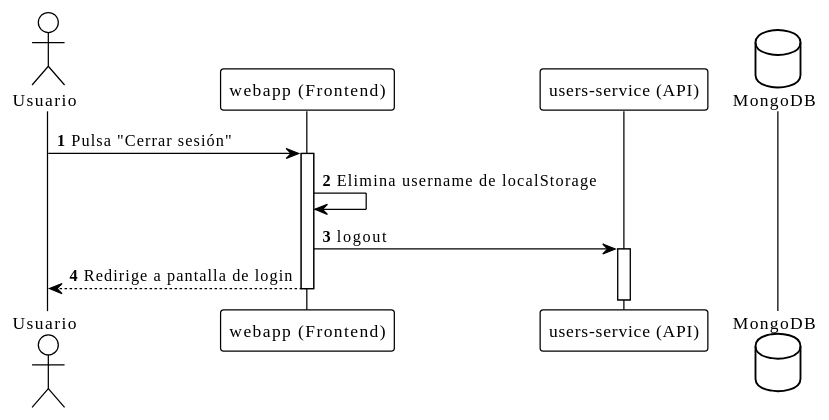
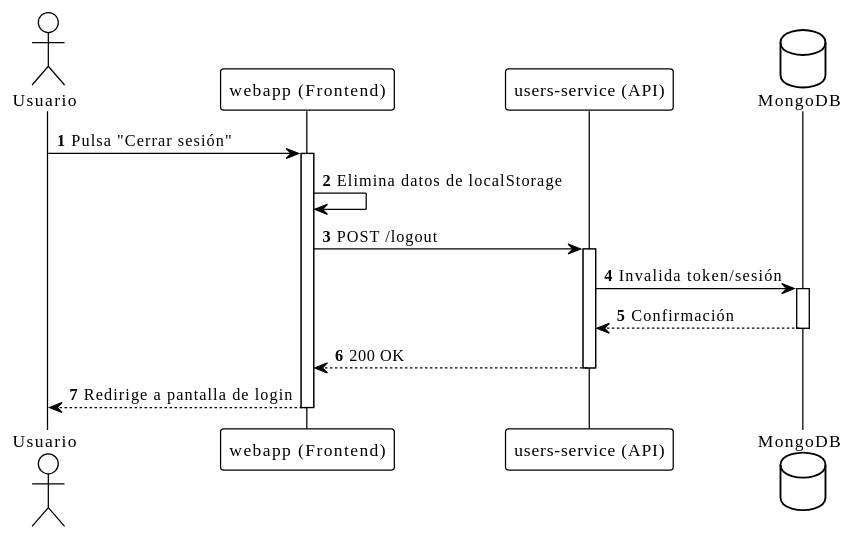
Before and after one commit to Arquisoft/yovi_es2a: the seventh of 7 diagrams in docs/src/06_runtime_view.adoc, drawn with PlantUML. The commit also changed other lines of this file and 2 other files, not shown here.

```diff
--- a/docs/src/06_runtime_view.adoc
+++ b/docs/src/06_runtime_view.adoc
@@ -187,24 +203,27 @@
 [plantuml, runtime-logout, png]
 ....
 @startuml
 !theme plain
 autonumber
 skinparam monochrome true
 
 actor Usuario
 participant "webapp (Frontend)" as web
 participant "users-service (API)" as users
 database "MongoDB" as mongo
 
 Usuario -> web: Pulsa "Cerrar sesión"
 activate web
-
-web -> web: Elimina username de localStorage
-
-web -> users: logout
+web -> web: Elimina datos de localStorage
+web -> users: POST /logout
 activate users
-
+users -> mongo: Invalida token/sesión
+activate mongo
+mongo --> users: Confirmación
+deactivate mongo
+users --> web: 200 OK
+deactivate users
 web --> Usuario: Redirige a pantalla de login
 deactivate web
 @enduml
 ....
```
